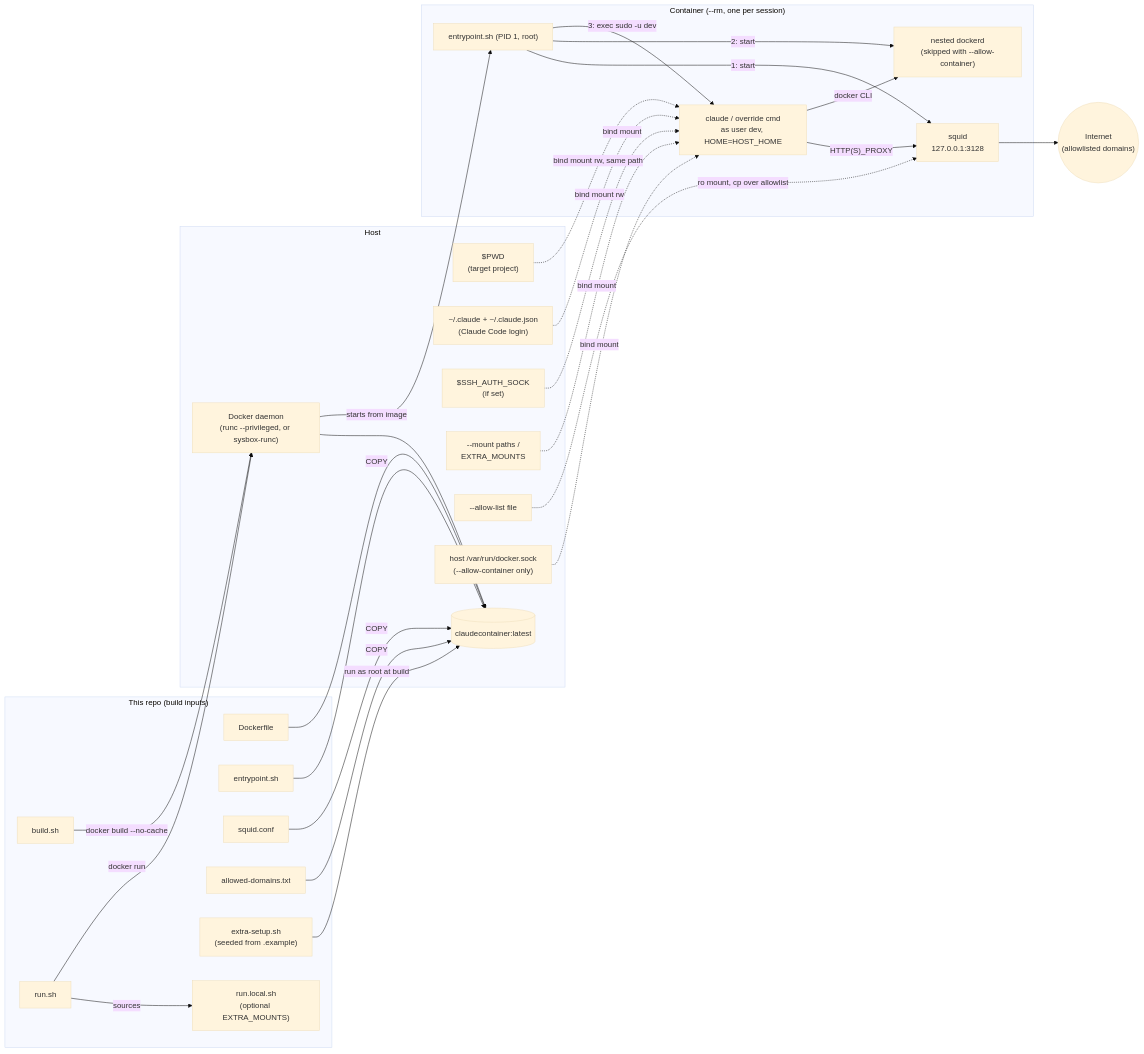
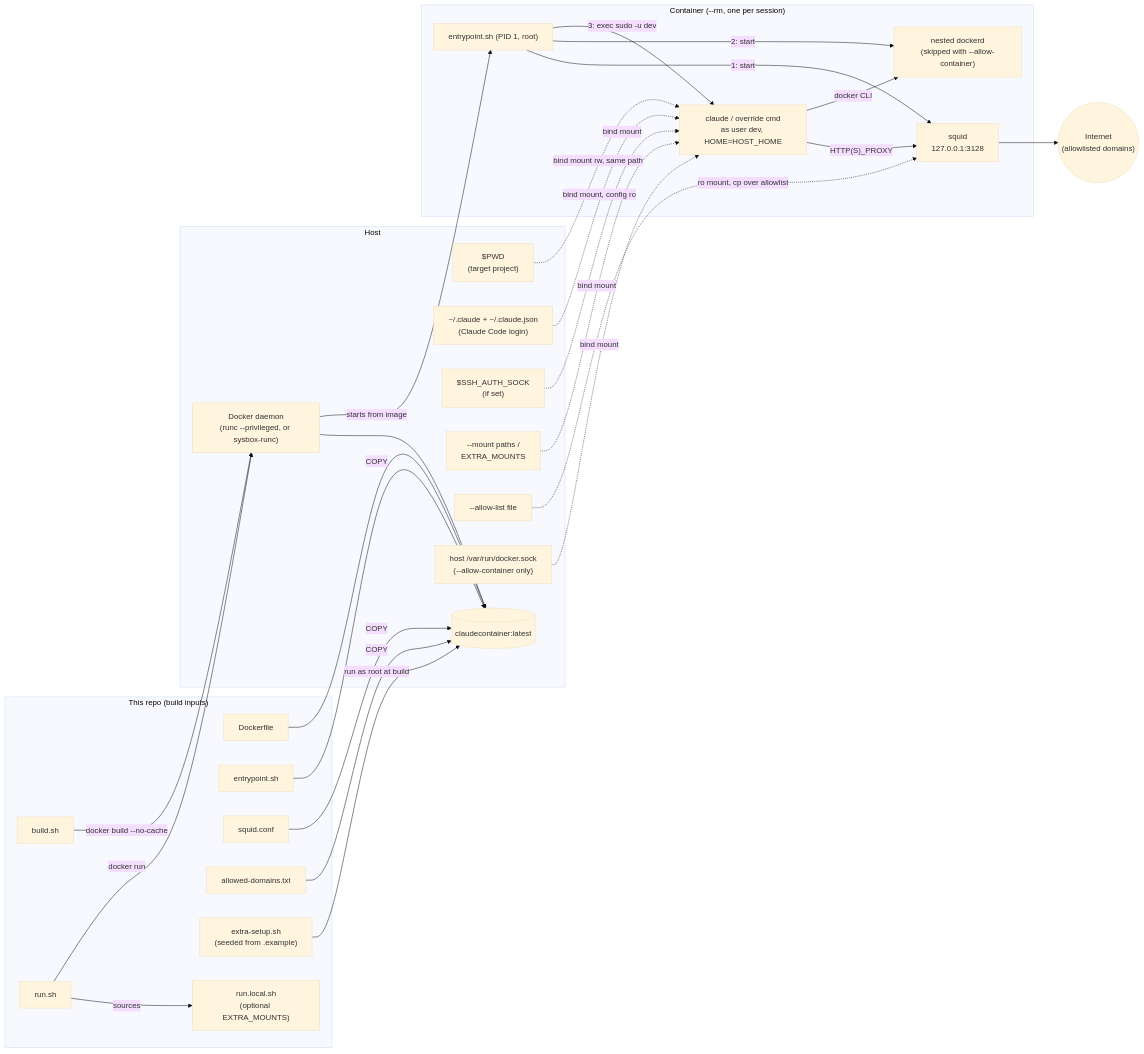
Before and after one commit to WildDogOne/Devcontainer: the diagram in claudecontainer/README.md, drawn with Mermaid (base theme). The commit also changed other lines of this file and 5 other files, not shown here.

````diff
--- a/claudecontainer/README.md
+++ b/claudecontainer/README.md
@@ -72,57 +74,57 @@
 ```mermaid
 flowchart LR
     subgraph repo["This repo (build inputs)"]
         buildsh["build.sh"]
         dockerfile["Dockerfile"]
         entry["entrypoint.sh"]
         squidconf["squid.conf"]
         allowed["allowed-domains.txt"]
         extra["extra-setup.sh<br/>(seeded from .example)"]
         runsh["run.sh"]
         runlocal["run.local.sh<br/>(optional EXTRA_MOUNTS)"]
     end
 
     subgraph host["Host"]
         pwd["$PWD<br/>(target project)"]
         claudecfg["~/.claude + ~/.claude.json<br/>(Claude Code login)"]
         ssh["$SSH_AUTH_SOCK<br/>(if set)"]
         extramounts["--mount paths /<br/>EXTRA_MOUNTS"]
         allowoverride["--allow-list file"]
         hostsock["host /var/run/docker.sock<br/>(--allow-container only)"]
         dockerd_host["Docker daemon<br/>(runc --privileged, or sysbox-runc)"]
         image[("claudecontainer:latest")]
     end
 
     subgraph ctr["Container (--rm, one per session)"]
         pid1["entrypoint.sh (PID 1, root)"]
         squid["squid<br/>127.0.0.1:3128"]
         innerdockerd["nested dockerd<br/>(skipped with --allow-container)"]
         devcmd["claude / override cmd<br/>as user dev, HOME=HOST_HOME"]
     end
 
     internet(("Internet<br/>(allowlisted domains)"))
 %% build time
     buildsh -- " docker build --no-cache " --> dockerd_host
     dockerfile --> image
     entry -- COPY --> image
     squidconf -- COPY --> image
     allowed -- COPY --> image
     extra -- " run as root at build " --> image
     dockerd_host --> image
 %% run time
     runsh -- sources --> runlocal
     runsh -- " docker run " --> dockerd_host
     dockerd_host -- " starts from image " --> pid1
     pwd -. " bind mount rw, same path " .-> devcmd
-    claudecfg -. " bind mount rw " .-> devcmd
+    claudecfg -. " bind mount, config ro " .-> devcmd
     ssh -. " bind mount " .-> devcmd
     extramounts -. " bind mount " .-> devcmd
     allowoverride -. " ro mount, cp over allowlist " .-> squid
     hostsock -. " bind mount " .-> devcmd
     pid1 -- " 1: start " --> squid
     pid1 -- " 2: start " --> innerdockerd
     pid1 -- " 3: exec sudo -u dev " --> devcmd
     devcmd -- " HTTP(S)_PROXY " --> squid
     devcmd -- " docker CLI " --> innerdockerd
     squid --> internet
 ```
````
